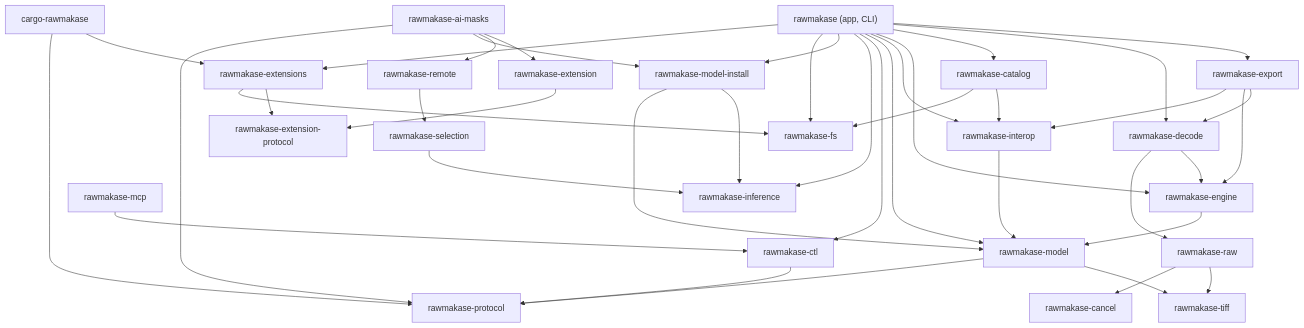
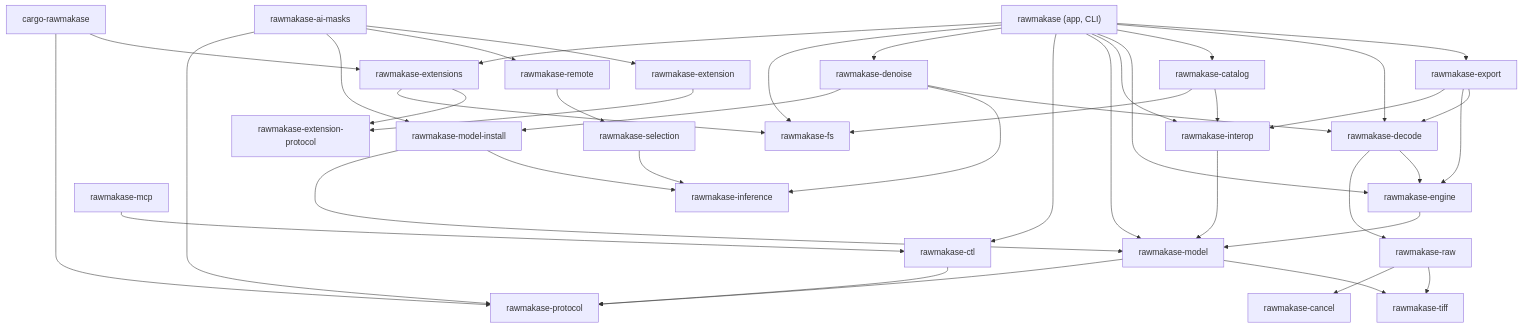
Before and after one commit to pch/rawmakase: the diagram in docs/architecture.md, drawn with Mermaid. The commit also changed other lines of this file and 31 other files, not shown here.

````diff
--- a/docs/architecture.md
+++ b/docs/architecture.md
@@ -15,45 +15,47 @@
 ```mermaid
 flowchart TD
     app["rawmakase (app, CLI)"]
     export[rawmakase-export]
     decode[rawmakase-decode]
     catalog[rawmakase-catalog]
     engine[rawmakase-engine]
     interop[rawmakase-interop]
     model[rawmakase-model]
     raw[rawmakase-raw]
     tiff[rawmakase-tiff]
     cancel[rawmakase-cancel]
     fs[rawmakase-fs]
     protocol[rawmakase-protocol]
     ctl[rawmakase-ctl]
     mcp[rawmakase-mcp]
     remote[rawmakase-remote]
     inference[rawmakase-inference]
     selection[rawmakase-selection]
     modelinstall[rawmakase-model-install]
+    denoise[rawmakase-denoise]
     aimasks[rawmakase-ai-masks]
     exthost[rawmakase-extensions]
     extprotocol[rawmakase-extension-protocol]
     sdk[rawmakase-extension]
     cargoext[cargo-rawmakase]
 
     app --> export & decode & catalog & engine & interop & model
-    app --> ctl & inference & modelinstall & fs & exthost
+    app --> ctl & denoise & fs & exthost
+    denoise --> decode & inference & modelinstall
     export --> decode & engine & interop
     decode --> engine & raw
     catalog --> interop & fs
     engine --> model
     interop --> model
     model --> tiff & protocol
     raw --> tiff & cancel
     ctl --> protocol
     mcp --> ctl
     remote --> selection
     selection --> inference
     modelinstall --> inference & model
     aimasks --> sdk & remote & modelinstall & protocol
     exthost --> extprotocol & fs
     sdk --> extprotocol
     cargoext --> exthost & protocol
 ```
````
